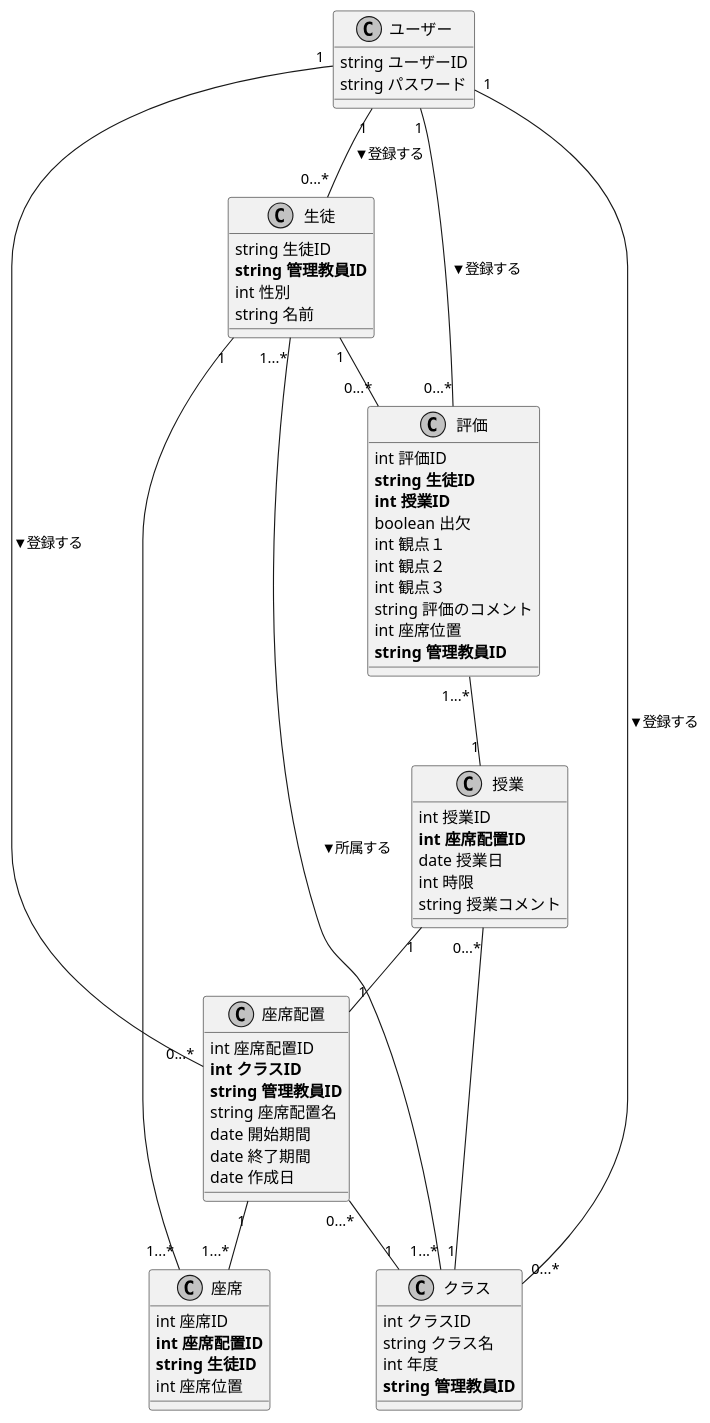
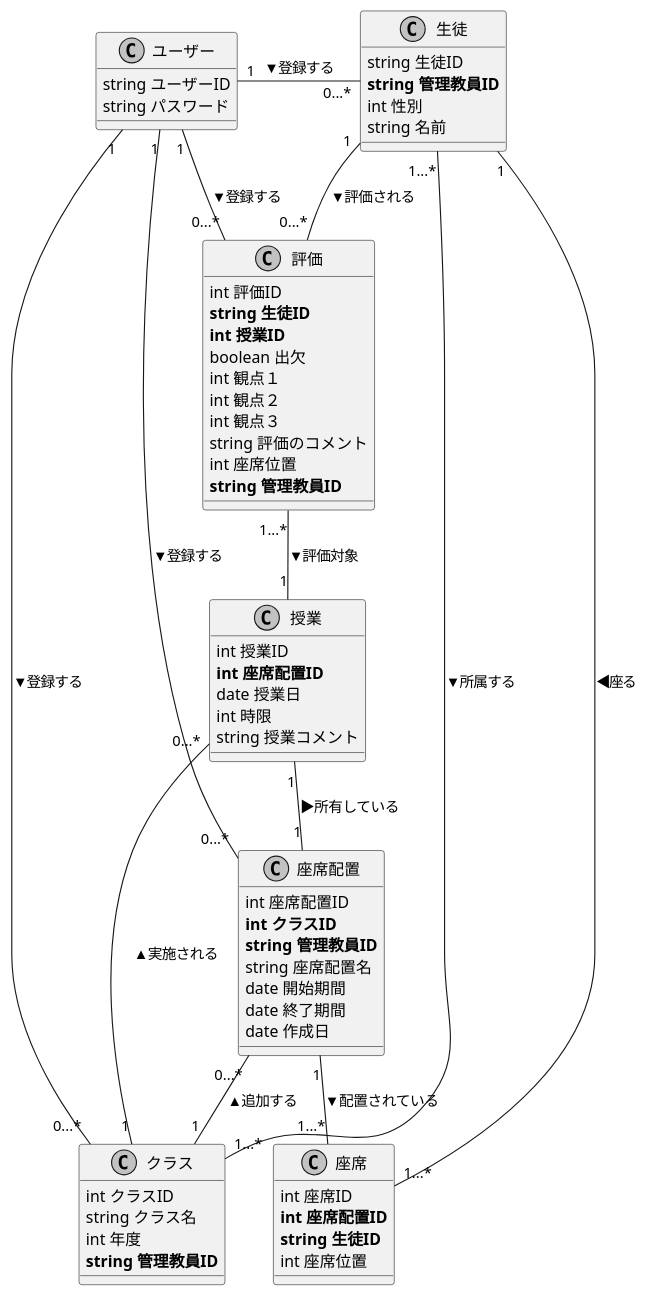
One commit to hatosableSAN/KTaNE-Expertingweb changed the diagram in docs/class.pu. Above: the diagram before and after it, drawn with PlantUML.

Commit message:
add:すべての関連情報を追加

```diff
--- a/docs/class.pu
+++ b/docs/class.pu
@@ -1,77 +1,77 @@
 @startuml class_diagram
 skinparam monochrome true
 skinparam shadowing false
 ' クラスを定義
 
 class ユーザー{
     string ユーザーID
     string パスワード
 }
 
 class 生徒{
     string 生徒ID
     **string 管理教員ID**
     int 性別
     string 名前
 }
 class クラス{
     int クラスID
     string クラス名
     int 年度
     **string 管理教員ID**
 }
 
 class 座席配置{
     int 座席配置ID
     **int クラスID**
     **string 管理教員ID**
     string 座席配置名
     date 開始期間
     date 終了期間
     date 作成日
 }
 class 座席{
     int 座席ID
     **int 座席配置ID**
     **string 生徒ID**
     int 座席位置
 }
 class 評価{
     int 評価ID
     **string 生徒ID**
     **int 授業ID**
     boolean 出欠
     int 観点１
     int 観点２
     int 観点３
     string 評価のコメント
     int 座席位置
     **string 管理教員ID**
 }
 
 class 授業{
     int 授業ID
     **int 座席配置ID**
     date 授業日
     int 時限
     string 授業コメント
 }
 
 
 ' 関係を定義
 'left to right direction
 
-座席配置 "1"--"1...*" 座席
-評価 "1...*" -- "1"  授業
+座席配置 "1"--"1...*" 座席 : ▼配置されている
+評価 "1...*" -- "1"  授業:▼評価対象
 生徒 "1...*" -- "1...*" クラス :▼所属する
-生徒"1" -- "0...*" 評価
-ユーザー"1" -- "0...*" 生徒 :▼登録する
+生徒"1" -- "0...*" 評価:▼評価される
+ユーザー"1" - "0...*" 生徒 :▼登録する
+座席 "1...*" - "1" 生徒:◀座る
 ユーザー"1" -- "0...*" 座席配置 :▼登録する
-ユーザー"1" -- "0...*" クラス :▼登録する
-座席配置 "0...*" -- "1"クラス
-座席 "1...*" -- "1" 生徒
+ユーザー"1" - "0...*" クラス :▼登録する
+座席配置 "0...*" -- "1"クラス:▲追加する
 評価 "0...*" -- "1" ユーザー :▼登録する
-授業 "0...*"-- "1"クラス
-授業 "1"-- "1" 座席配置
+授業 "0...*"- "1"クラス:▲実施される
+授業 "1"-- "1" 座席配置:▶所有している
 ' umlの終了を宣言
 @enduml
```
